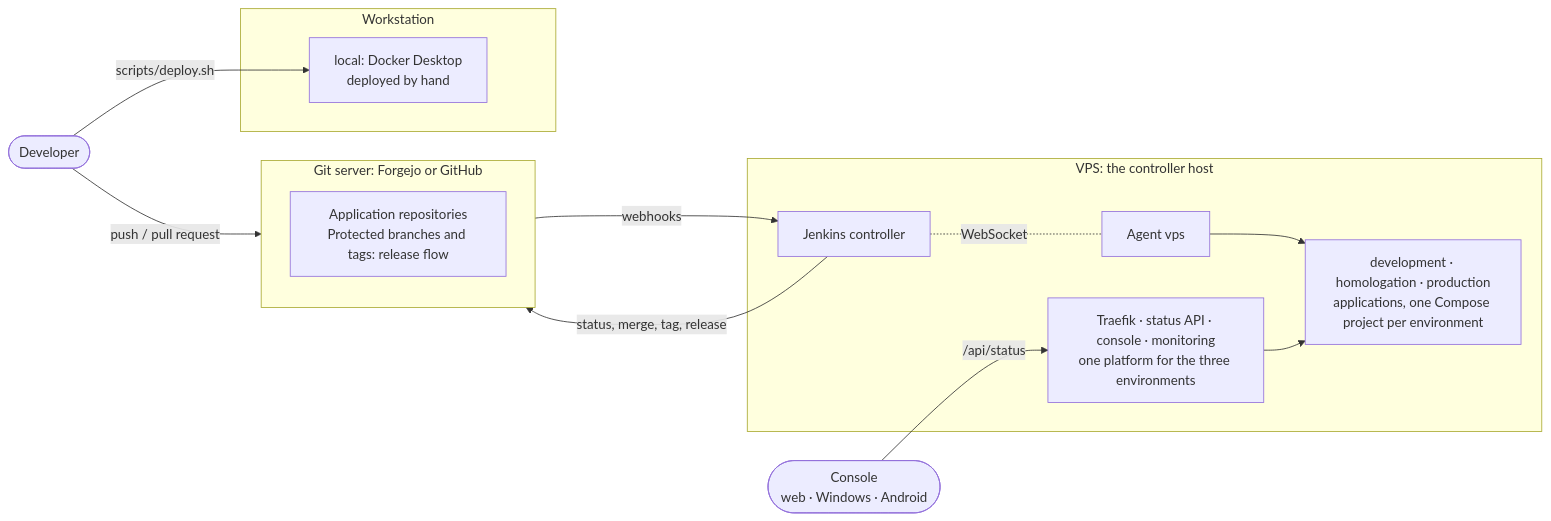
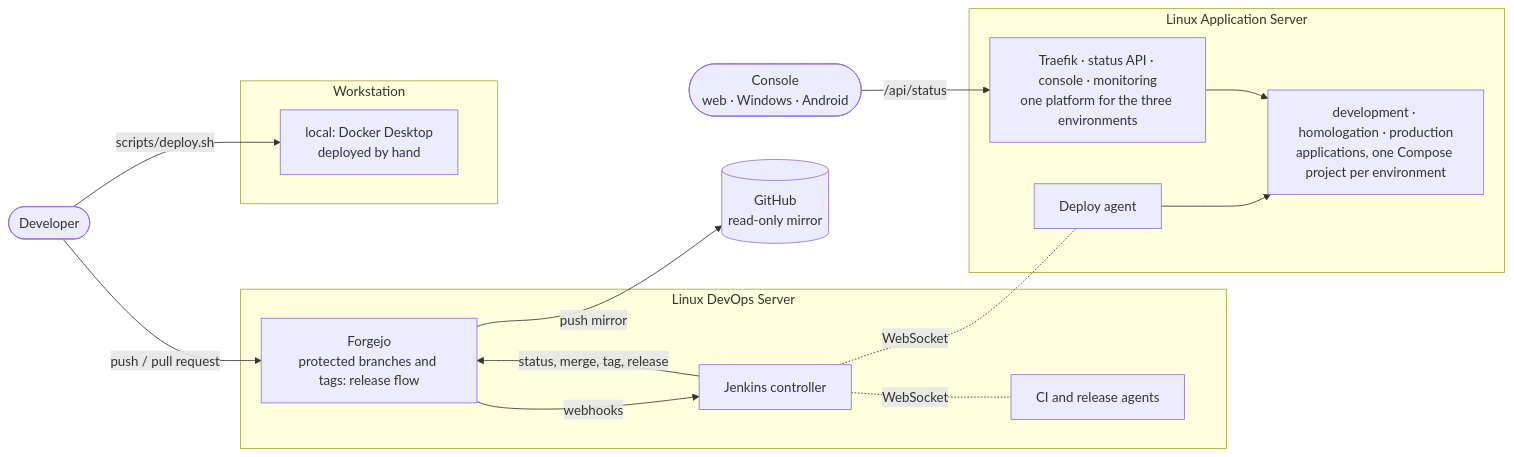
Before and after one commit to artur-rios/yggdrasil: the first of 4 diagrams in README.md, drawn with Mermaid. The commit also changed other lines of this file and 18 other files, not shown here.

````diff
--- a/README.md
+++ b/README.md
@@ -33,19 +27,23 @@
 ```mermaid
 flowchart LR
-    dev([Developer]) -- push / pull request --> gh
-    subgraph gh [Git server: Forgejo or GitHub]
-        repos[Application repositories<br/>Protected branches and tags: release flow]
+    dev([Developer]) -- push / pull request --> forge
+    subgraph devops [Linux DevOps Server]
+        forge[Forgejo<br/>protected branches and tags: release flow]
+        jc[Jenkins controller]
+        build[CI and release agents]
+        forge -- webhooks --> jc
+        jc -- status, merge, tag, release --> forge
+        jc -. WebSocket .- build
     end
-    subgraph vps [VPS: the controller host]
-        jc[Jenkins controller] -. WebSocket .- a1[Agent vps]
-        a1 --> envs[development · homologation · production<br/>applications, one Compose project per environment]
+    subgraph apps [Linux Application Server]
+        a1[Deploy agent] --> envs[development · homologation · production<br/>applications, one Compose project per environment]
         p1[Traefik · status API · console · monitoring<br/>one platform for the three environments] --> envs
     end
-    gh -- webhooks --> jc
-    jc -- status, merge, tag, release --> gh
+    jc -. WebSocket .- a1
+    forge -- push mirror --> gh[(GitHub<br/>read-only mirror)]
     subgraph ws [Workstation]
         local[local: Docker Desktop<br/>deployed by hand]
     end
     dev -- scripts/deploy.sh --> local
     console([Console<br/>web · Windows · Android]) -- /api/status --> p1
 ```
````
